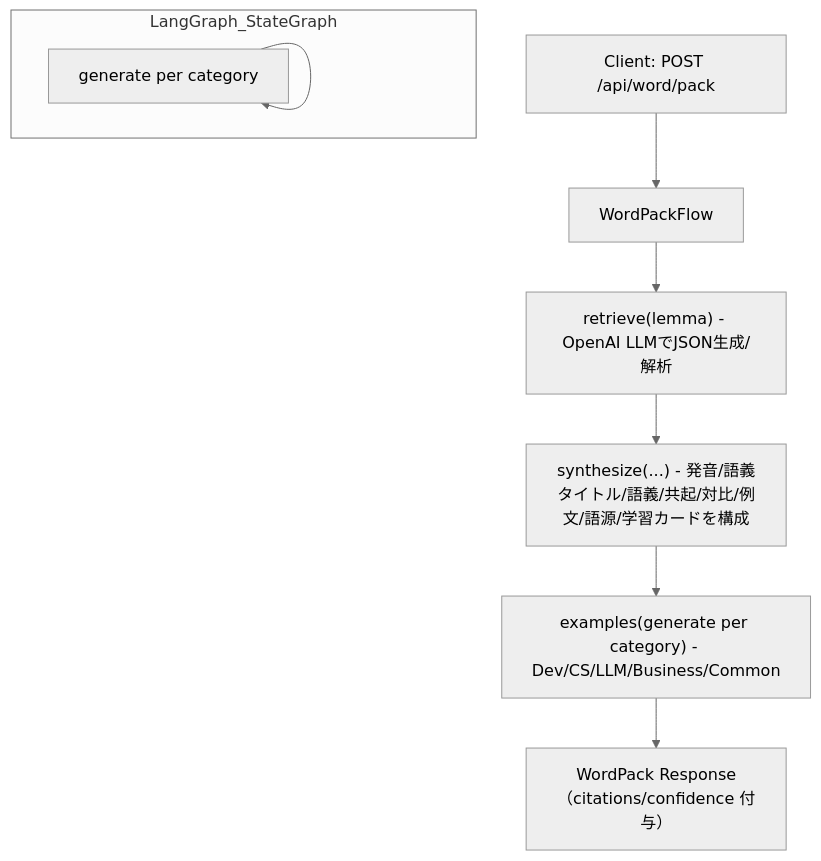
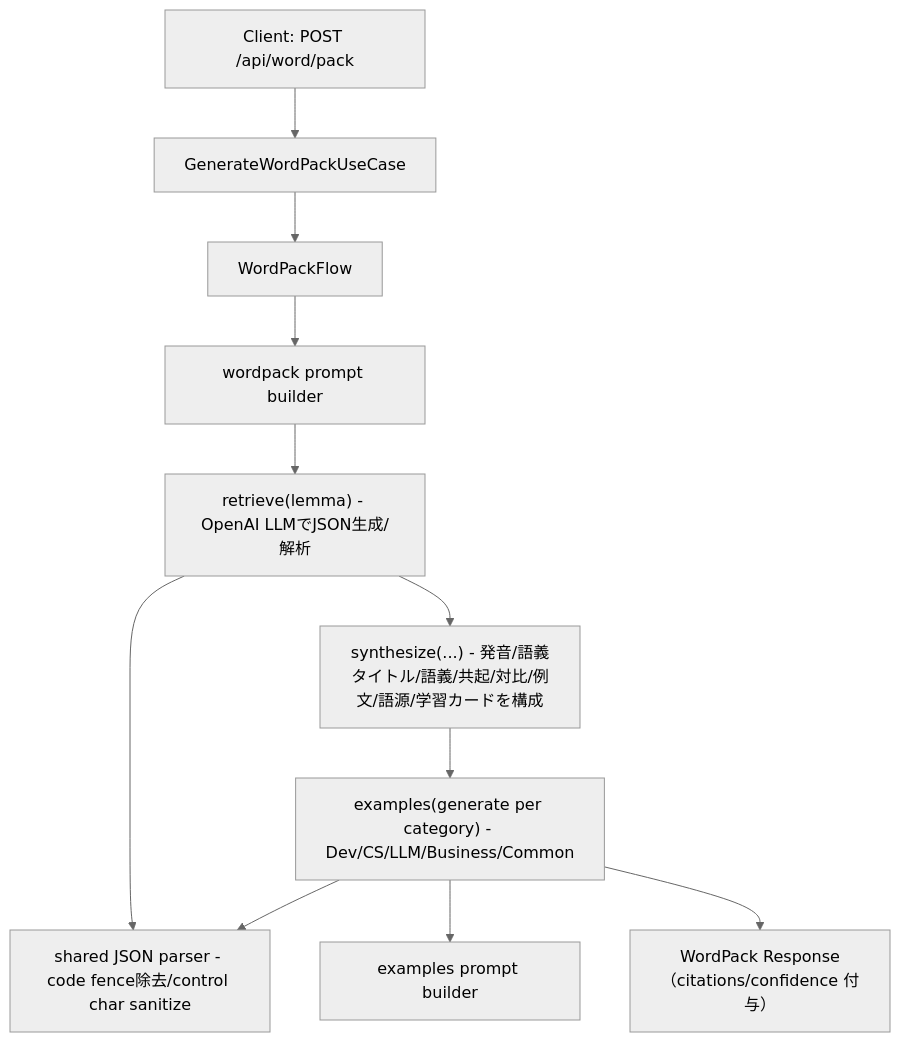
One commit to RiSEblackbird/wordpack-for-english changed the first of 2 diagrams in docs/flows.md. Above: the diagram before and after it, drawn with Mermaid (neutral theme). The commit also changed other lines of this file and 81 other files, not shown here.

````diff
--- a/docs/flows.md
+++ b/docs/flows.md
@@ -4,13 +4,13 @@
 ```mermaid
 graph TD
-    A[Client: POST /api/word/pack] --> B[WordPackFlow];
-    B --> C["retrieve(lemma) - OpenAI LLMでJSON生成/解析"];
+    A[Client: POST /api/word/pack] --> U[GenerateWordPackUseCase];
+    U --> B[WordPackFlow];
+    B --> P["wordpack prompt builder"];
+    P --> C["retrieve(lemma) - OpenAI LLMでJSON生成/解析"];
+    C --> JP["shared JSON parser - code fence除去/control char sanitize"];
     C --> D["synthesize(...) - 発音/語義タイトル/語義/共起/対比/例文/語源/学習カードを構成"];
     D --> E["examples(generate per category) - Dev/CS/LLM/Business/Common"];
+    E --> EP["examples prompt builder"];
+    E --> JP;
     E --> F["WordPack Response（citations/confidence 付与）"];
-
-    subgraph LangGraph_StateGraph
-        G[generate per category]
-        G --> G
-    end
 ```
````
